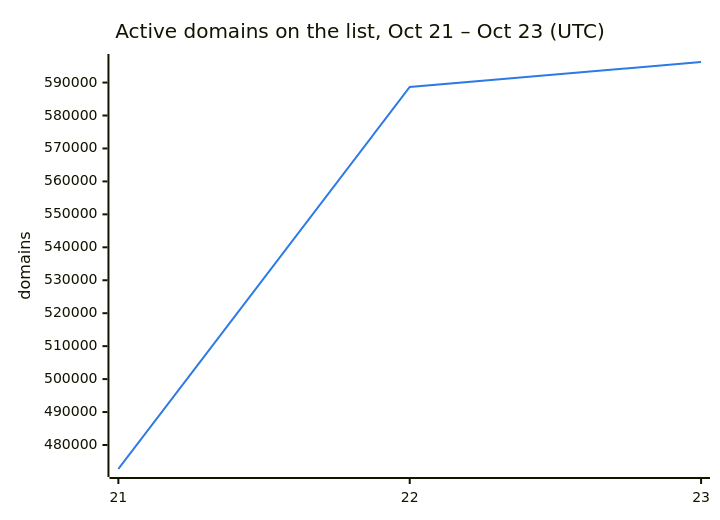
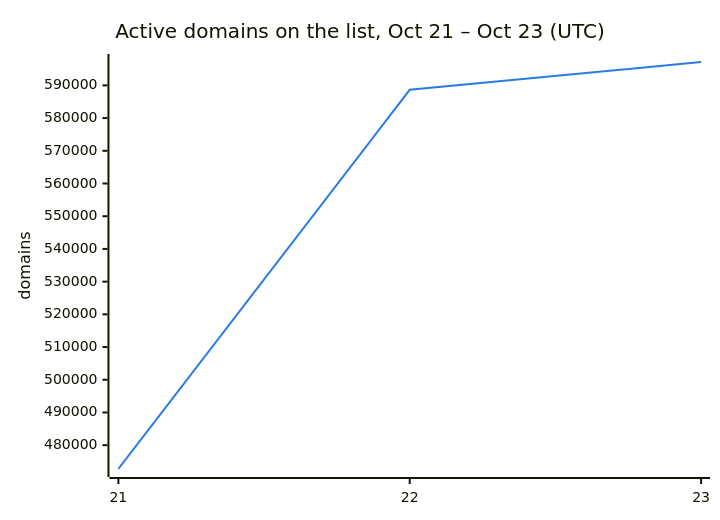
The second of 3 diagrams in README.md (DNSBunker/CTI), drawn with Mermaid before and after one commit. The commit also changed other lines of this file and 3 other files, not shown here.

````diff
--- a/README.md
+++ b/README.md
@@ -38,8 +38,8 @@
 ```mermaid
 %%{init: {"themeVariables": {"xyChart": {"plotColorPalette": "#2c7be5"}}}}%%
 xychart-beta
     title "Active domains on the list, Oct 21 – Oct 23 (UTC)"
     x-axis ["21", "22", "23"]
     y-axis "domains"
-    line [472713, 588659, 596243]
+    line [472713, 588659, 597154]
 ```
````
